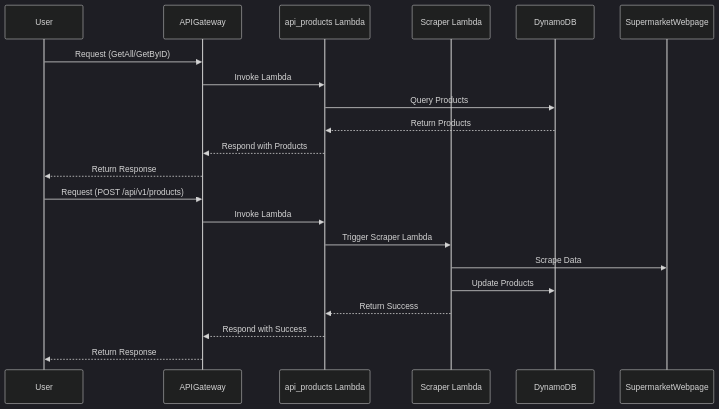
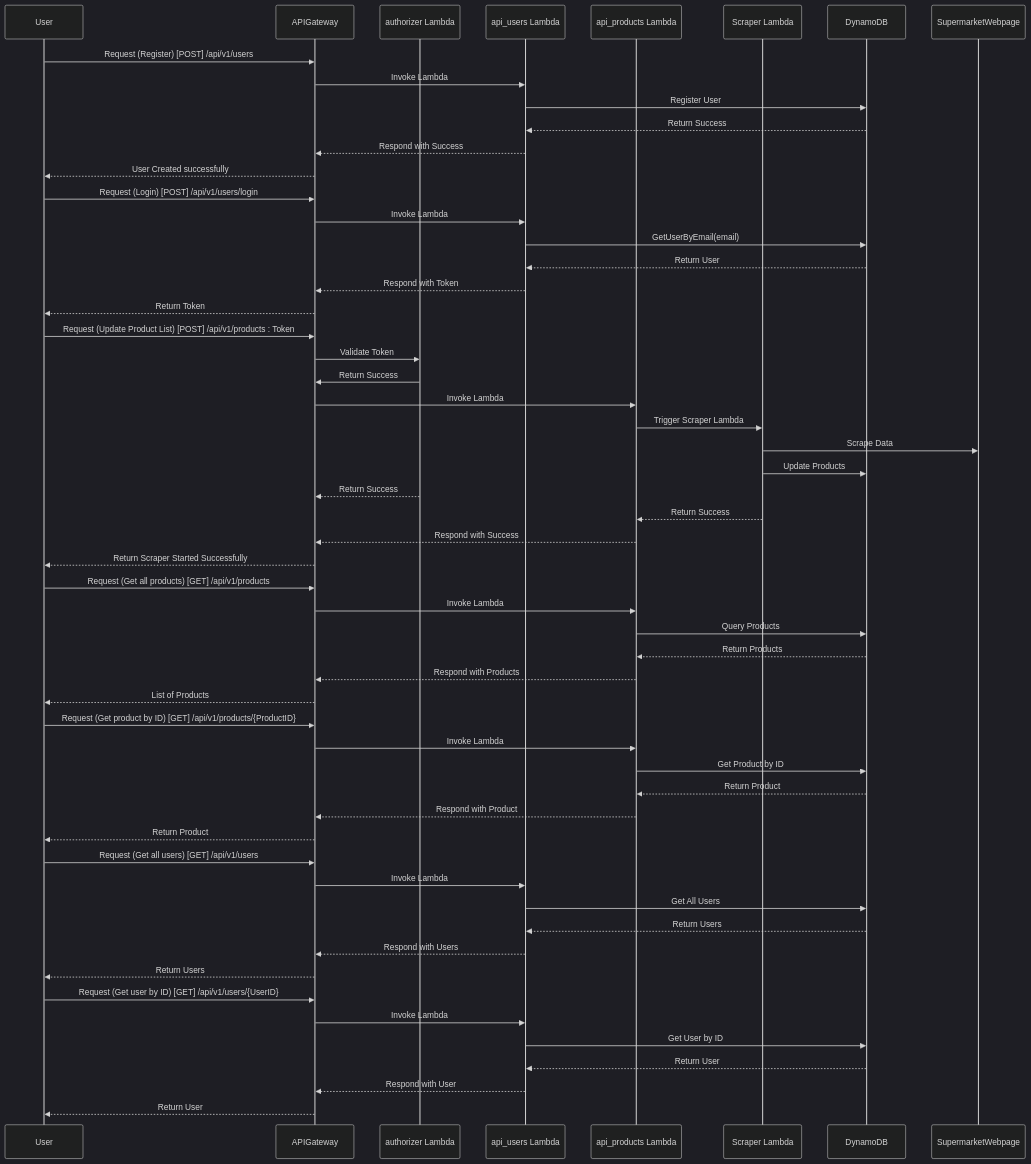
Before and after one commit to Dieg0Code/portfolio_02_lambda_api_scraper: the fifth of 6 diagrams in README.md, drawn with Mermaid (dark theme). The commit also changed other lines of this file and 2 other files, not shown here.

````diff
--- a/README.md
+++ b/README.md
@@ -245,24 +457,72 @@
 ```mermaid
 sequenceDiagram
     participant User
     participant APIGateway
+    participant AuthorizerLambda as authorizer Lambda
+    participant UserLambda as api_users Lambda
     participant APILambda as api_products Lambda
     participant ScraperLambda as Scraper Lambda
     participant DynamoDB
 
-    User->>APIGateway: Request (GetAll/GetByID)
+
+    %% Register User request - response
+    User->>APIGateway: Request (Register) [POST] /api/v1/users
+    APIGateway->>UserLambda: Invoke Lambda
+    UserLambda->>DynamoDB: Register User
+    DynamoDB-->>UserLambda: Return Success
+    UserLambda-->>APIGateway: Respond with Success
+    APIGateway-->>User: User Created successfully
+
+    %% Login User request - response
+    User->>APIGateway: Request (Login) [POST] /api/v1/users/login
+    APIGateway->>UserLambda: Invoke Lambda
+    UserLambda->>DynamoDB: GetUserByEmail(email)
+    DynamoDB-->>UserLambda: Return User
+    UserLambda-->>APIGateway: Respond with Token
+    APIGateway-->>User: Return Token
+
+    %% Update Product List request - response
+    User->>APIGateway: Request (Update Product List) [POST] /api/v1/products : Token
+    APIGateway->>AuthorizerLambda: Validate Token
+    AuthorizerLambda->>APIGateway: Return Success
+    APIGateway->>APILambda: Invoke Lambda
+    APILambda->>ScraperLambda: Trigger Scraper Lambda
+    ScraperLambda->>SupermarketWebpage: Scrape Data
+    ScraperLambda->>DynamoDB: Update Products
+    AuthorizerLambda-->>APIGateway: Return Success
+    ScraperLambda-->>APILambda: Return Success
+    APILambda-->>APIGateway: Respond with Success
+    APIGateway-->>User: Return Scraper Started Successfully
+    
+    %% Get All Products request - response
+    User->>APIGateway: Request (Get all products) [GET] /api/v1/products
     APIGateway->>APILambda: Invoke Lambda
     APILambda->>DynamoDB: Query Products
     DynamoDB-->>APILambda: Return Products
     APILambda-->>APIGateway: Respond with Products
-    APIGateway-->>User: Return Response
+    APIGateway-->>User: List of Products
 
-    User->>APIGateway: Request (POST /api/v1/products)
+    %% Get Product by ID request - response
+    User->>APIGateway: Request (Get product by ID) [GET] /api/v1/products/{ProductID}
     APIGateway->>APILambda: Invoke Lambda
-    APILambda->>ScraperLambda: Trigger Scraper Lambda
-    ScraperLambda->>SupermarketWebpage: Scrape Data
-    ScraperLambda->>DynamoDB: Update Products
-    ScraperLambda-->>APILambda: Return Success
-    APILambda-->>APIGateway: Respond with Success
-    APIGateway-->>User: Return Response
+    APILambda->>DynamoDB: Get Product by ID
+    DynamoDB-->>APILambda: Return Product
+    APILambda-->>APIGateway: Respond with Product
+    APIGateway-->>User: Return Product
+
+    %% Get All Users request - response
+    User->>APIGateway: Request (Get all users) [GET] /api/v1/users
+    APIGateway->>UserLambda: Invoke Lambda
+    UserLambda->>DynamoDB: Get All Users
+    DynamoDB-->>UserLambda: Return Users
+    UserLambda-->>APIGateway: Respond with Users
+    APIGateway-->>User: Return Users
+
+    %% Get User by ID request - response
+    User->>APIGateway: Request (Get user by ID) [GET] /api/v1/users/{UserID}
+    APIGateway->>UserLambda: Invoke Lambda
+    UserLambda->>DynamoDB: Get User by ID
+    DynamoDB-->>UserLambda: Return User
+    UserLambda-->>APIGateway: Respond with User
+    APIGateway-->>User: Return User
 ```
````
